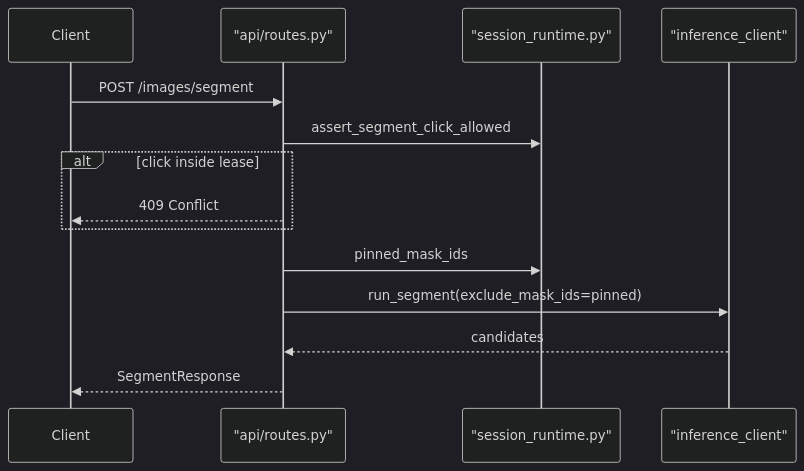
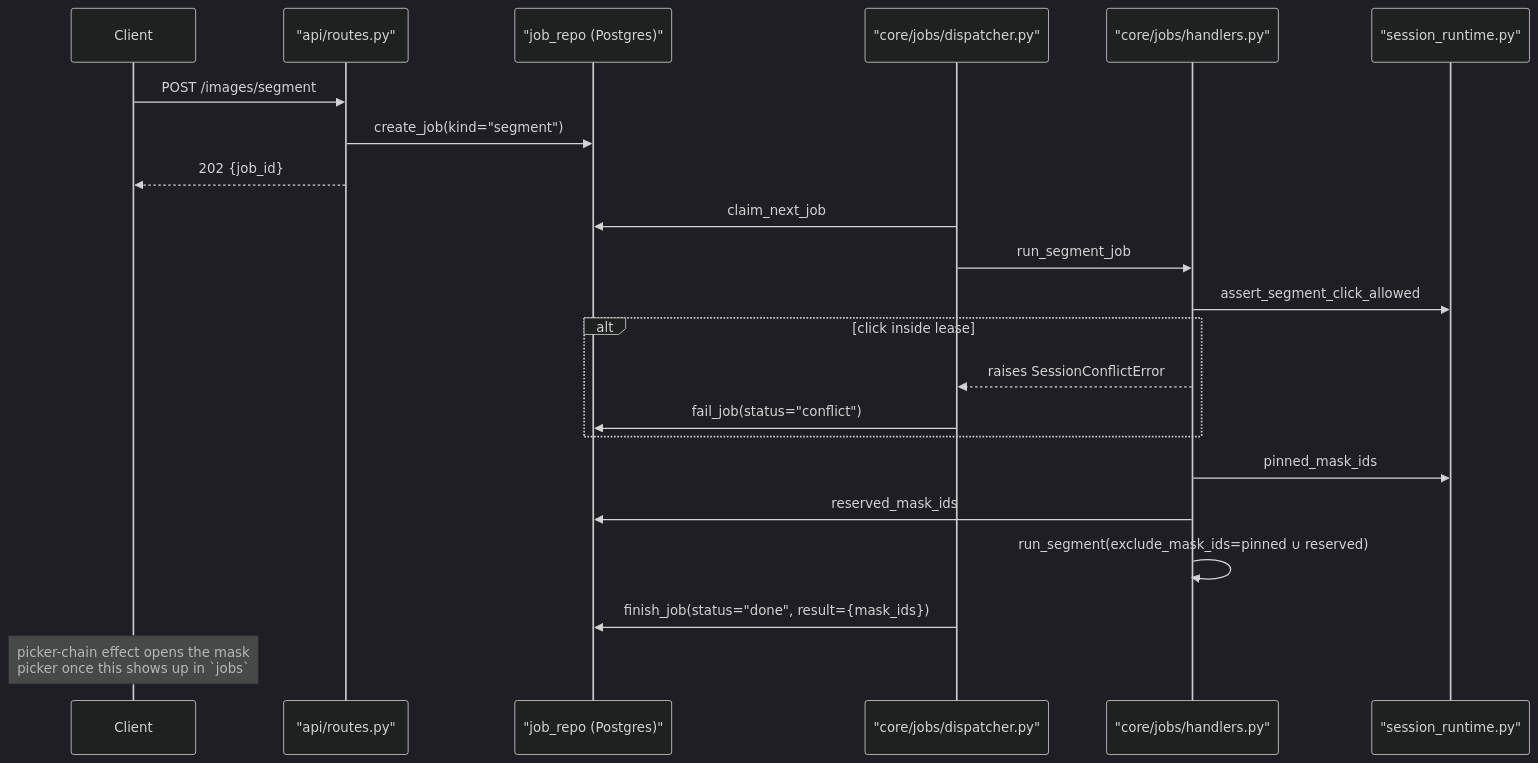
One commit to 1mache/avroom changed the second of 2 diagrams in docs/backend/concurrency.md. Above: the diagram before and after it, drawn with Mermaid (dark theme). The commit also changed other lines of this file and 32 other files, not shown here.

````diff
--- a/docs/backend/concurrency.md
+++ b/docs/backend/concurrency.md
@@ -89,17 +113,26 @@
 ```mermaid
 sequenceDiagram
     participant Client
     participant Router as "api/routes.py"
+    participant Queue as "job_repo (Postgres)"
+    participant Dispatcher as "core/jobs/dispatcher.py"
+    participant Handler as "core/jobs/handlers.py"
     participant Runtime as "session_runtime.py"
-    participant ClientPool as "inference_client"
 
     Client->>Router: POST /images/segment
-    Router->>Runtime: assert_segment_click_allowed
+    Router->>Queue: create_job(kind="segment")
+    Router-->>Client: 202 {job_id}
+
+    Dispatcher->>Queue: claim_next_job
+    Dispatcher->>Handler: run_segment_job
+    Handler->>Runtime: assert_segment_click_allowed
     alt click inside lease
-        Router-->>Client: 409 Conflict
+        Handler-->>Dispatcher: raises SessionConflictError
+        Dispatcher->>Queue: fail_job(status="conflict")
     end
-    Router->>Runtime: pinned_mask_ids
-    Router->>ClientPool: run_segment(exclude_mask_ids=pinned)
-    ClientPool-->>Router: candidates
-    Router-->>Client: SegmentResponse
+    Handler->>Runtime: pinned_mask_ids
+    Handler->>Queue: reserved_mask_ids
+    Handler->>Handler: run_segment(exclude_mask_ids=pinned ∪ reserved)
+    Dispatcher->>Queue: finish_job(status="done", result={mask_ids})
+    Note over Client: picker-chain effect opens the mask<br/>picker once this shows up in `jobs`
 ```
````
